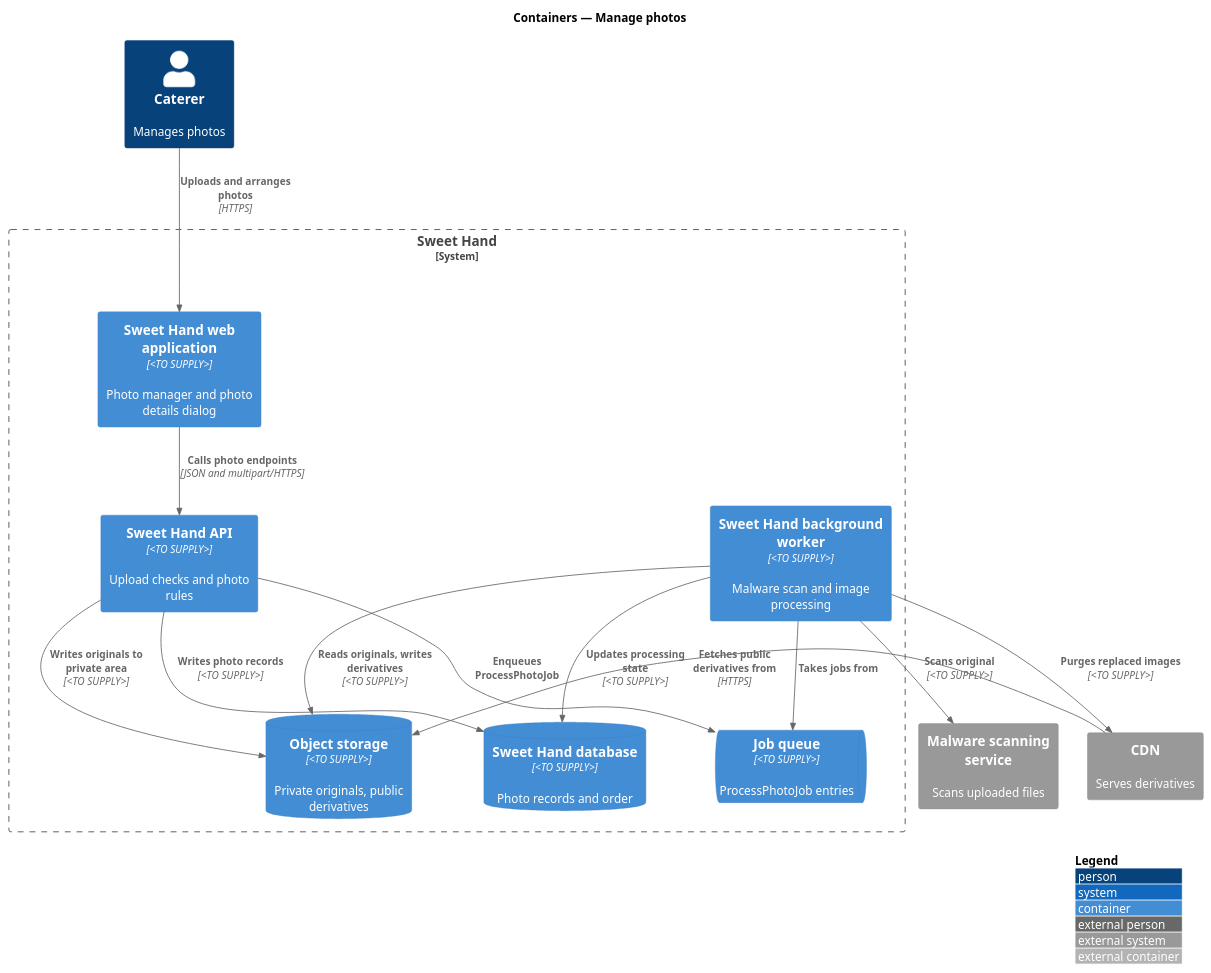
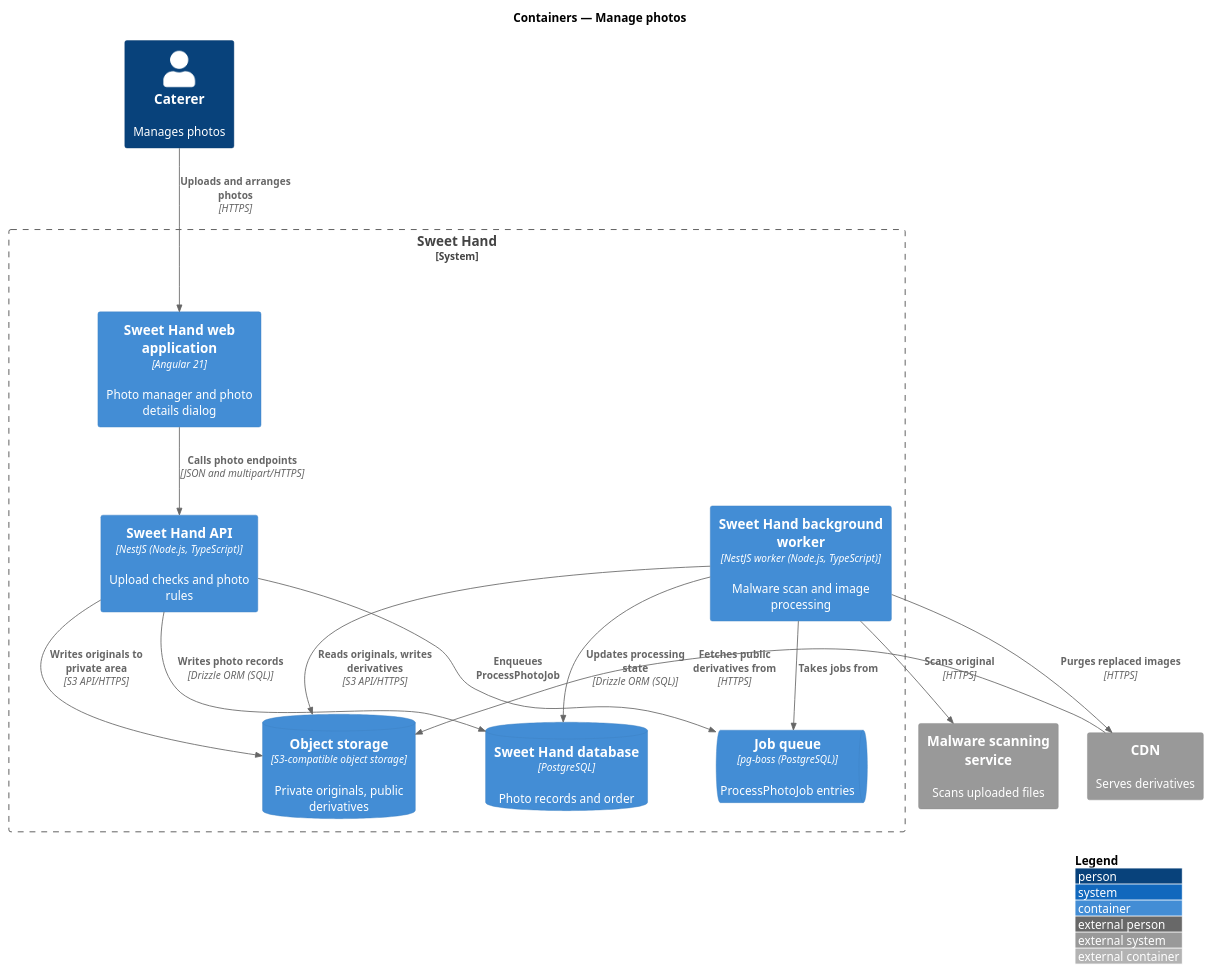
The diagram in docs/detailed-designs/caterer-profiles/manage-photos/diagrams/c4-container.puml (QuinntyneBrown/sweet-hand), drawn with PlantUML before and after one commit. The commit also changed 42 other files, not shown here.

```diff
--- a/docs/detailed-designs/caterer-profiles/manage-photos/diagrams/c4-container.puml
+++ b/docs/detailed-designs/caterer-profiles/manage-photos/diagrams/c4-container.puml
@@ -1,29 +1,29 @@
 @startuml
 !include <C4/C4_Container>
 LAYOUT_WITH_LEGEND()
 title Containers — Manage photos
 
 Person(caterer, "Caterer", "Manages photos")
 System_Boundary(sweethand, "Sweet Hand") {
-  Container(web, "Sweet Hand web application", "<TO SUPPLY>", "Photo manager and photo details dialog")
-  Container(api, "Sweet Hand API", "<TO SUPPLY>", "Upload checks and photo rules")
-  ContainerQueue(queue, "Job queue", "<TO SUPPLY>", "ProcessPhotoJob entries")
-  Container(worker, "Sweet Hand background worker", "<TO SUPPLY>", "Malware scan and image processing")
-  ContainerDb(db, "Sweet Hand database", "<TO SUPPLY>", "Photo records and order")
-  ContainerDb(storage, "Object storage", "<TO SUPPLY>", "Private originals, public derivatives")
+  Container(web, "Sweet Hand web application", "Angular 21", "Photo manager and photo details dialog")
+  Container(api, "Sweet Hand API", "NestJS (Node.js, TypeScript)", "Upload checks and photo rules")
+  ContainerQueue(queue, "Job queue", "pg-boss (PostgreSQL)", "ProcessPhotoJob entries")
+  Container(worker, "Sweet Hand background worker", "NestJS worker (Node.js, TypeScript)", "Malware scan and image processing")
+  ContainerDb(db, "Sweet Hand database", "PostgreSQL", "Photo records and order")
+  ContainerDb(storage, "Object storage", "S3-compatible object storage", "Private originals, public derivatives")
 }
 System_Ext(malware, "Malware scanning service", "Scans uploaded files")
 System_Ext(cdn, "CDN", "Serves derivatives")
 
 Rel(caterer, web, "Uploads and arranges photos", "HTTPS")
 Rel(web, api, "Calls photo endpoints", "JSON and multipart/HTTPS")
-Rel(api, storage, "Writes originals to private area", "<TO SUPPLY>")
-Rel(api, db, "Writes photo records", "<TO SUPPLY>")
+Rel(api, storage, "Writes originals to private area", "S3 API/HTTPS")
+Rel(api, db, "Writes photo records", "Drizzle ORM (SQL)")
 Rel(api, queue, "Enqueues ProcessPhotoJob")
 Rel(worker, queue, "Takes jobs from")
-Rel(worker, malware, "Scans original", "<TO SUPPLY>")
-Rel(worker, storage, "Reads originals, writes derivatives", "<TO SUPPLY>")
-Rel(worker, db, "Updates processing state", "<TO SUPPLY>")
-Rel(worker, cdn, "Purges replaced images", "<TO SUPPLY>")
+Rel(worker, malware, "Scans original", "HTTPS")
+Rel(worker, storage, "Reads originals, writes derivatives", "S3 API/HTTPS")
+Rel(worker, db, "Updates processing state", "Drizzle ORM (SQL)")
+Rel(worker, cdn, "Purges replaced images", "HTTPS")
 Rel(cdn, storage, "Fetches public derivatives from", "HTTPS")
 @enduml
```
